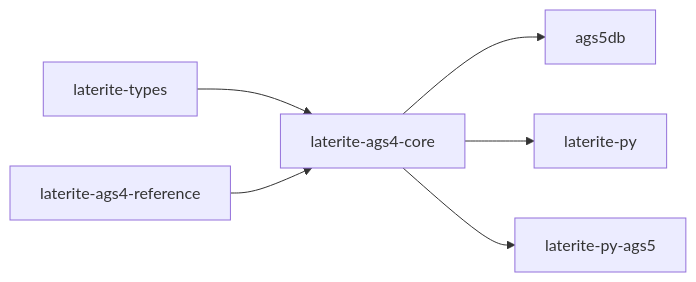
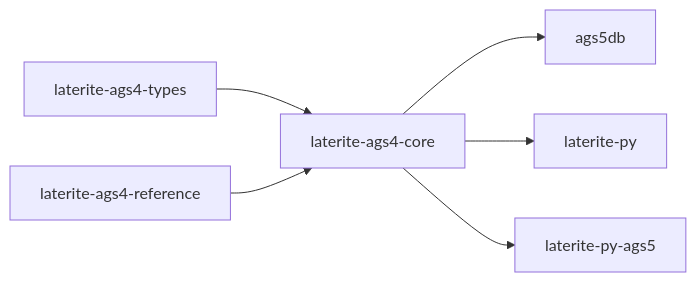
The diagram in ags-wiki/tools/laterite-ags4-core.md (niko86/laterite), drawn with Mermaid before and after one commit. The commit also changed other lines of this file and 103 other files, not shown here.

````diff
--- a/ags-wiki/tools/laterite-ags4-core.md
+++ b/ags-wiki/tools/laterite-ags4-core.md
@@ -63,8 +63,8 @@
 ```mermaid
 flowchart LR
-  types[laterite-types] --> core[laterite-ags4-core]
+  types[laterite-ags4-types] --> core[laterite-ags4-core]
   reference[laterite-ags4-reference] --> core
   core --> cli[ags5db]
   core --> latpy[laterite-py]
   core --> latpy5[laterite-py-ags5]
 ```
````
